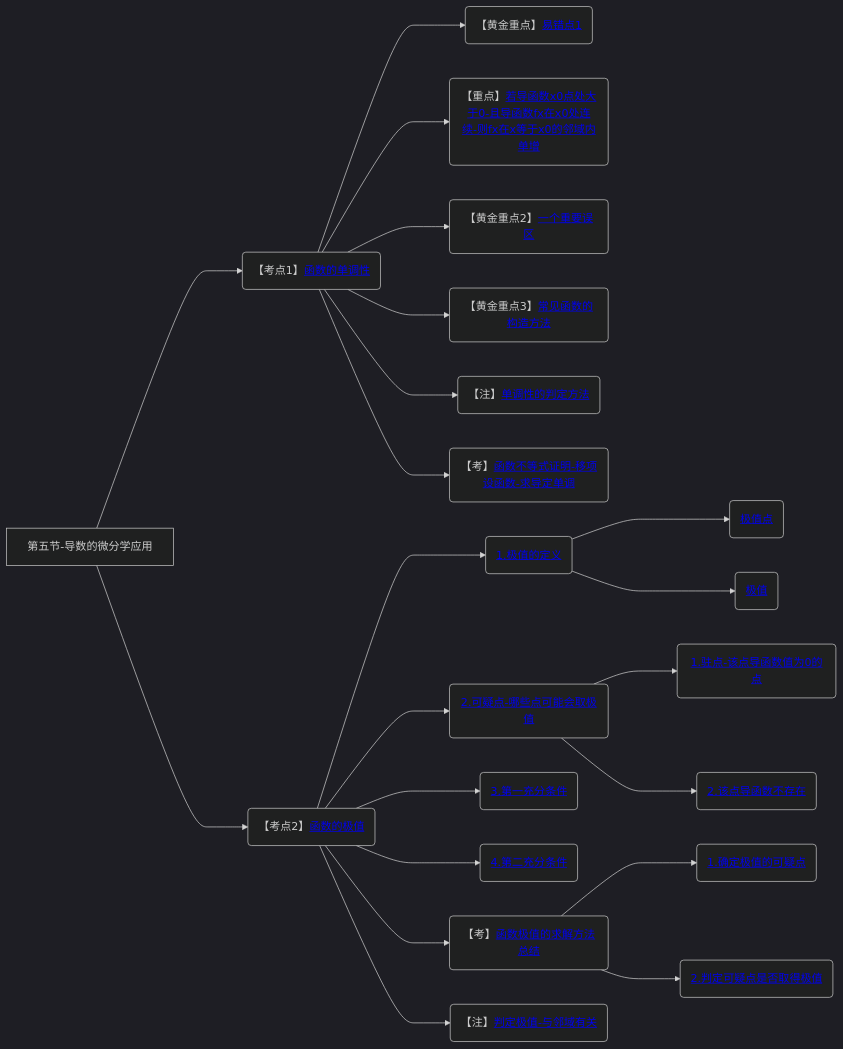
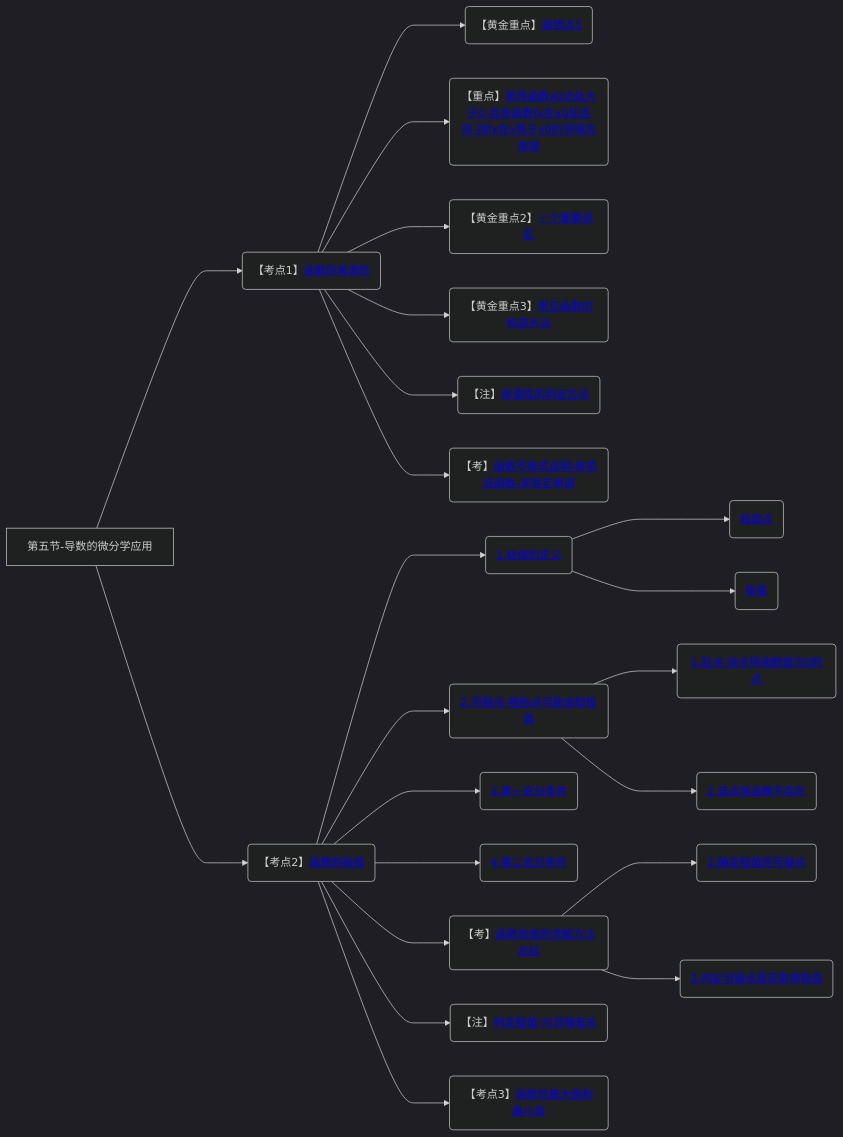
Before and after one commit to yuebinghui/note: diagram 15 of 15 in 笔记/数学/周洋鑫/01.基础班思维导图.md, drawn with Mermaid (dark theme). The commit also changed 6 other files, not shown here.

````diff
--- a/笔记/数学/周洋鑫/01.基础班思维导图.md
+++ b/笔记/数学/周洋鑫/01.基础班思维导图.md
@@ -530,26 +530,28 @@
 ```mermaid
 graph LR
 第五节-导数的微分学应用
 
 第五节-导数的微分学应用--->函数的单调性(【考点1】<a href="/Users/yuebinghui/Documents/program/github/note/笔记/数学/周洋鑫/基础班/15.导数的微分学应用_1.md#函数的单调性">函数的单调性</>)
 函数的单调性--->易错点1(【黄金重点】<a href="/Users/yuebinghui/Documents/program/github/note/笔记/数学/周洋鑫/基础班/15.导数的微分学应用_1.md#易错点1">易错点1</>)
 函数的单调性--->若导函数x0点处大于0-且导函数fx在x0处连续-则fx在x等于x0的邻域内单增(【重点】<a href="/Users/yuebinghui/Documents/program/github/note/笔记/数学/周洋鑫/基础班/15.导数的微分学应用_1.md#若导函数x0点处大于0-且导函数fx在x0处连续-则fx在x等于x0的邻域内单增">若导函数x0点处大于0-且导函数fx在x0处连续-则fx在x等于x0的邻域内单增</>)
 函数的单调性--->一个重要误区(【黄金重点2】<a href="/Users/yuebinghui/Documents/program/github/note/笔记/数学/周洋鑫/基础班/15.导数的微分学应用_1.md#一个重要误区">一个重要误区</>)
 函数的单调性--->常见函数的构造方法(【黄金重点3】<a href="/Users/yuebinghui/Documents/program/github/note/笔记/数学/周洋鑫/基础班/15.导数的微分学应用_1.md#常见函数的构造方法">常见函数的构造方法</>)
 函数的单调性--->单调性的判定方法(【注】<a href="/Users/yuebinghui/Documents/program/github/note/笔记/数学/周洋鑫/基础班/15.导数的微分学应用_1.md#单调性的判定方法">单调性的判定方法</>)
 函数的单调性--->函数不等式证明-移项设函数-求导定单调(【考】<a href="/Users/yuebinghui/Documents/program/github/note/笔记/数学/周洋鑫/基础班/15.导数的微分学应用_1.md#函数不等式证明-移项设函数-求导定单调">函数不等式证明-移项设函数-求导定单调</>)
 
 第五节-导数的微分学应用--->函数的极值(【考点2】<a href="/Users/yuebinghui/Documents/program/github/note/笔记/数学/周洋鑫/基础班/16.导数的微分学应用_2.md#函数的极值">函数的极值</>)
 函数的极值--->1.极值的定义(<a href="/Users/yuebinghui/Documents/program/github/note/笔记/数学/周洋鑫/基础班/16.导数的微分学应用_2.md#1.极值的定义">1.极值的定义</>)
 1.极值的定义--->极值点(<a href="/Users/yuebinghui/Documents/program/github/note/笔记/数学/周洋鑫/基础班/16.导数的微分学应用_2.md#极值点">极值点</>)
 1.极值的定义--->极值(<a href="/Users/yuebinghui/Documents/program/github/note/笔记/数学/周洋鑫/基础班/16.导数的微分学应用_2.md#极值">极值</>)
 函数的极值--->2.可疑点-哪些点可能会取极值(<a href="/Users/yuebinghui/Documents/program/github/note/笔记/数学/周洋鑫/基础班/16.导数的微分学应用_2.md#2.可疑点-哪些点可能会取极值">2.可疑点-哪些点可能会取极值</>)
 2.可疑点-哪些点可能会取极值--->1.驻点-该点导函数值为0的点(<a href="/Users/yuebinghui/Documents/program/github/note/笔记/数学/周洋鑫/基础班/16.导数的微分学应用_2.md#1.驻点-该点导函数值为0的点">1.驻点-该点导函数值为0的点</>)
 2.可疑点-哪些点可能会取极值--->2.该点导函数不存在(<a href="/Users/yuebinghui/Documents/program/github/note/笔记/数学/周洋鑫/基础班/16.导数的微分学应用_2.md#2.该点导函数不存在">2.该点导函数不存在</>)
 函数的极值--->3.第一充分条件(<a href="/Users/yuebinghui/Documents/program/github/note/笔记/数学/周洋鑫/基础班/16.导数的微分学应用_2.md#3.第一充分条件">3.第一充分条件</>)
 函数的极值--->4.第二充分条件(<a href="/Users/yuebinghui/Documents/program/github/note/笔记/数学/周洋鑫/基础班/16.导数的微分学应用_2.md#4.第二充分条件">4.第二充分条件</>)
 函数的极值--->函数极值的求解方法总结(【考】<a href="/Users/yuebinghui/Documents/program/github/note/笔记/数学/周洋鑫/基础班/16.导数的微分学应用_2.md#函数极值的求解方法总结">函数极值的求解方法总结</>)
 函数极值的求解方法总结--->1.确定极值的可疑点(<a href="/Users/yuebinghui/Documents/program/github/note/笔记/数学/周洋鑫/基础班/16.导数的微分学应用_2.md#1.确定极值的可疑点">1.确定极值的可疑点</>)
 函数极值的求解方法总结--->2.判定可疑点是否取得极值(<a href="/Users/yuebinghui/Documents/program/github/note/笔记/数学/周洋鑫/基础班/16.导数的微分学应用_2.md#2.判定可疑点是否取得极值">2.判定可疑点是否取得极值</>)
 函数的极值--->判定极值-与邻域有关(【注】<a href="/Users/yuebinghui/Documents/program/github/note/笔记/数学/周洋鑫/基础班/16.导数的微分学应用_2.md#判定极值-与邻域有关">判定极值-与邻域有关</>)
+
+函数的极值--->函数的最大值和最小值(【考点3】<a href="/Users/yuebinghui/Documents/program/github/note/笔记/数学/周洋鑫/基础班/16.导数的微分学应用_2.md#函数的最大值和最小值">函数的最大值和最小值</>)
 ```
````
